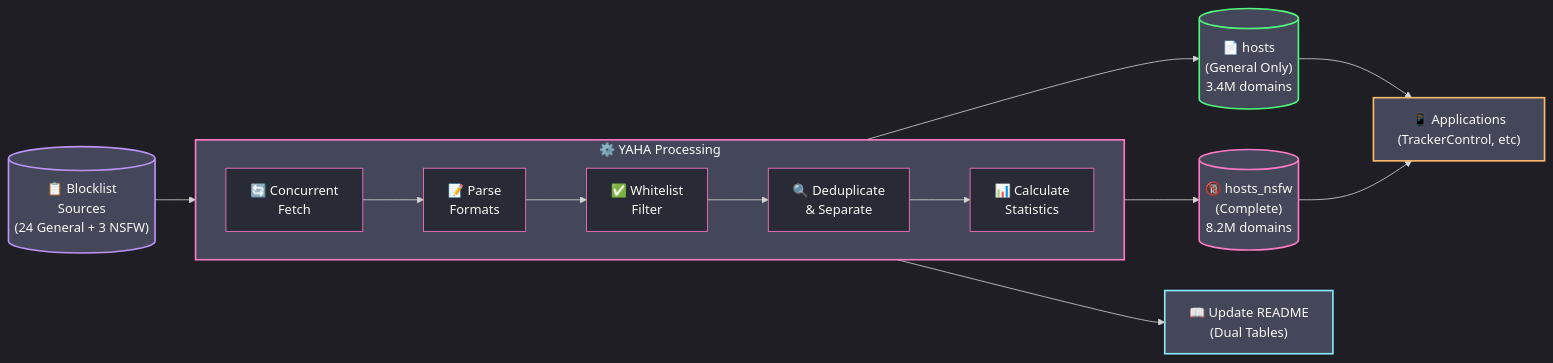
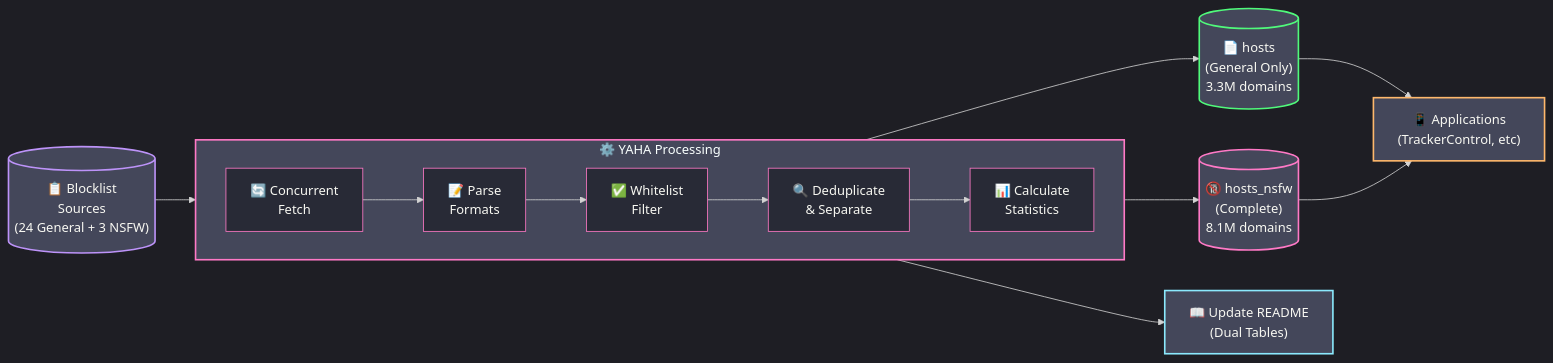
Before and after one commit to scottdraper8/yaha: the diagram in README.md, drawn with Mermaid. The commit also changed other lines of this file, not shown here.

Commit message:
Update blocklist stats: 3293073 general / 8115291 with NSFW [automated]

````diff
--- a/README.md
+++ b/README.md
@@ -42,36 +42,36 @@
 ```mermaid
 %%{init: {'theme': 'dark', 'themeVariables': {
     'primaryColor': '#ff79c6',
     'secondaryColor': '#bd93f9',
     'tertiaryColor': '#44475a',
     'mainBkg': '#282a36',
     'nodeBorder': '#ff79c6',
     'clusterBkg': '#44475a',
     'clusterBorder': '#bd93f9',
     'textColor': '#f8f8f2'
 }}}%%
 flowchart LR
     Sources[("📋 Blocklist<br/>Sources<br/>(24 General + 3 NSFW)")] --> Fetch
 
     subgraph Process["⚙️ YAHA Processing"]
         direction LR
         Fetch["🔄 Concurrent<br/>Fetch"] --> Parse["📝 Parse<br/>Formats"]
         Parse --> Filter["✅ Whitelist<br/>Filter"]
         Filter --> Dedupe["🔍 Deduplicate<br/>& Separate"]
         Dedupe --> Stats["📊 Calculate<br/>Statistics"]
     end
 
-    Stats --> Output1[("📄 hosts<br/>(General Only)<br/>3.4M domains")]
-    Stats --> Output2[("🔞 hosts_nsfw<br/>(Complete)<br/>8.2M domains")]
+    Stats --> Output1[("📄 hosts<br/>(General Only)<br/>3.3M domains")]
+    Stats --> Output2[("🔞 hosts_nsfw<br/>(Complete)<br/>8.1M domains")]
     Stats --> README["📖 Update README<br/>(Dual Tables)"]
 
     Output1 --> Apps["📱 Applications<br/>(TrackerControl, etc)"]
     Output2 --> Apps
 
     style Sources fill:#44475a,stroke:#bd93f9,stroke-width:2px
     style Process fill:#44475a,stroke:#ff79c6,stroke-width:2px
     style Output1 fill:#44475a,stroke:#50fa7b,stroke-width:2px
     style Output2 fill:#44475a,stroke:#ff79c6,stroke-width:2px
     style README fill:#44475a,stroke:#8be9fd,stroke-width:2px
     style Apps fill:#44475a,stroke:#ffb86c,stroke-width:2px
 ```
````
